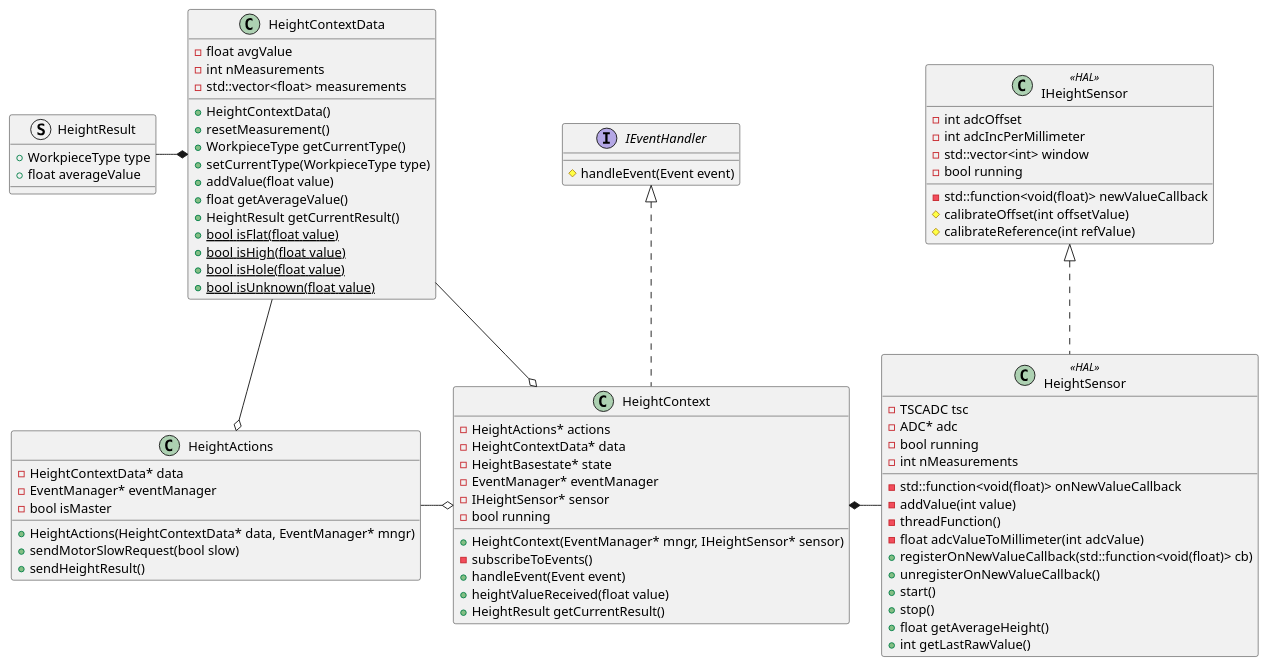
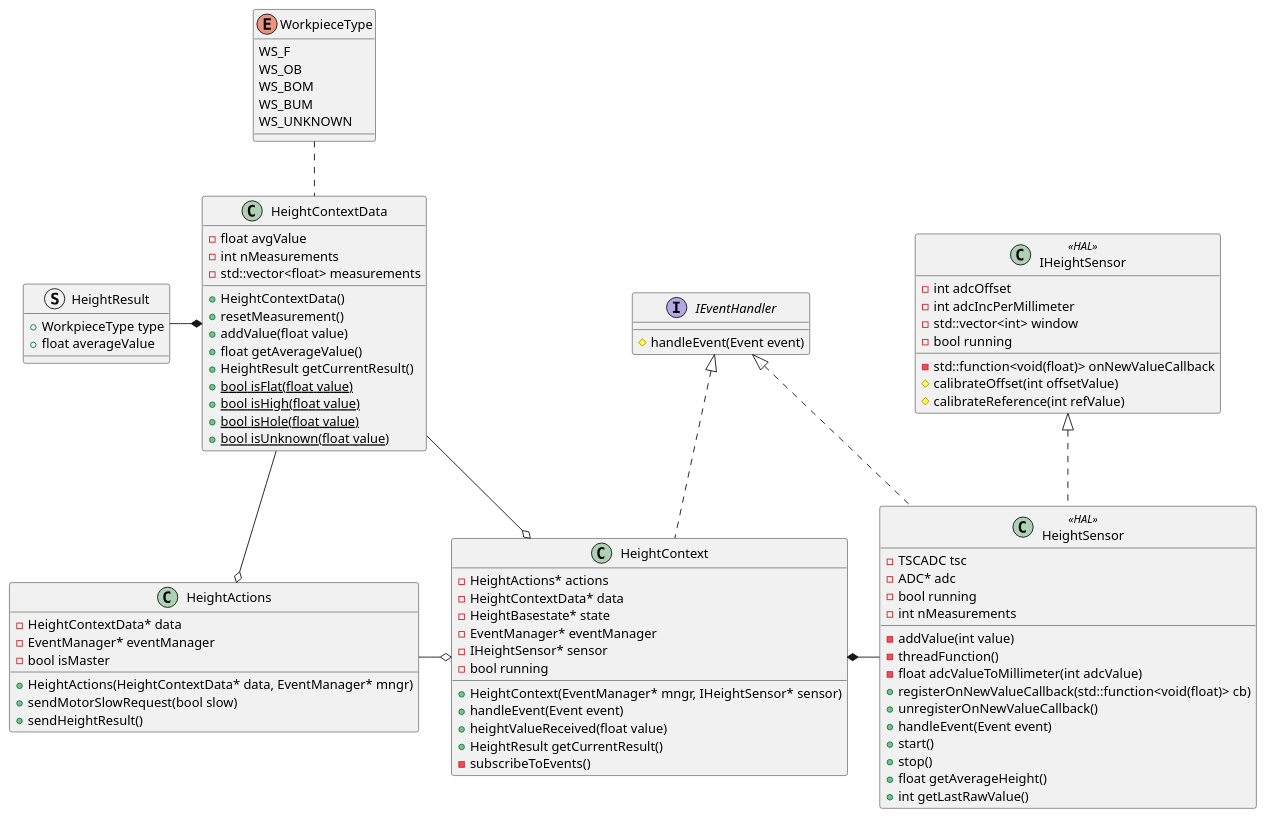
The diagram in docs/diagrams/classes/height_fsm.puml (u2knwy/ESEP-2023SoSe-Team-2-1), drawn with PlantUML before and after one commit. The commit also changed 153 other files, not shown here.

```diff
--- a/docs/diagrams/classes/height_fsm.puml
+++ b/docs/diagrams/classes/height_fsm.puml
@@ -1,87 +1,95 @@
 @startuml
 interface IEventHandler {
   #handleEvent(Event event)
 }
 
 class IHeightSensor << HAL >> {
   -int adcOffset
   -int adcIncPerMillimeter
-  -std::function<void(float)> newValueCallback
+  -std::function<void(float)> onNewValueCallback
   -std::vector<int> window
   -bool running
   #calibrateOffset(int offsetValue)
   #calibrateReference(int refValue)
 }
 
+enum WorkpieceType {
+	WS_F
+	WS_OB
+	WS_BOM
+	WS_BUM
+	WS_UNKNOWN
+}
+
 class HeightSensor << HAL >> {
 	-TSCADC tsc
 	-ADC* adc
 	-bool running
-	-std::function<void(float)> onNewValueCallback
 	-int nMeasurements
 	-addValue(int value)
 	-threadFunction()
 	-float adcValueToMillimeter(int adcValue)
 	+registerOnNewValueCallback(std::function<void(float)> cb)
 	+unregisterOnNewValueCallback()
+	+handleEvent(Event event)
 	+start()
 	+stop()
 	+float getAverageHeight()
 	+int getLastRawValue()
 }
 
 IHeightSensor <|.. HeightSensor
 
 class HeightContext {
 	-HeightActions* actions
 	-HeightContextData* data
 	-HeightBasestate* state
   -EventManager* eventManager
 	-IHeightSensor* sensor
 	-bool running
 	+HeightContext(EventManager* mngr, IHeightSensor* sensor)
-	-subscribeToEvents()
 	+handleEvent(Event event)
 	+heightValueReceived(float value)
 	+HeightResult getCurrentResult()
+	-subscribeToEvents()
 }
 
 class HeightActions {
 	-HeightContextData* data
 	-EventManager* eventManager
   -bool isMaster
 	+HeightActions(HeightContextData* data, EventManager* mngr)
 	+sendMotorSlowRequest(bool slow)
 	+sendHeightResult()
 }
 
 struct HeightResult {
 	+WorkpieceType type
 	+float averageValue
 }
 
 class HeightContextData {
 	-float avgValue
 	-int nMeasurements
 	-std::vector<float> measurements
   +HeightContextData()
 	+resetMeasurement()
-	+WorkpieceType getCurrentType()
-	+setCurrentType(WorkpieceType type)
 	+addValue(float value)
 	+float getAverageValue()
 	+HeightResult getCurrentResult()
 	+{static} bool isFlat(float value)
 	+{static} bool isHigh(float value)
 	+{static} bool isHole(float value)
 	+{static} bool isUnknown(float value)
 }
 
 HeightResult -* HeightContextData
 HeightActions -o HeightContext
 HeightContextData --o HeightContext
 HeightContextData --o HeightActions
+WorkpieceType .. HeightContextData
 HeightContext *- HeightSensor
 IEventHandler <|.. HeightContext
+IEventHandler <|.. HeightSensor
 
 @enduml
```
